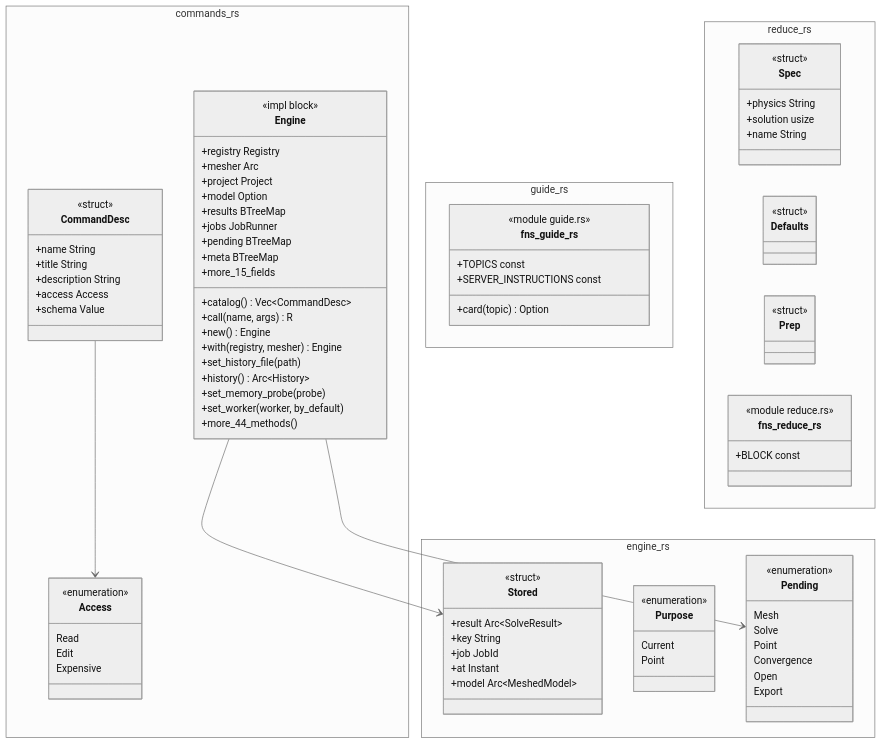
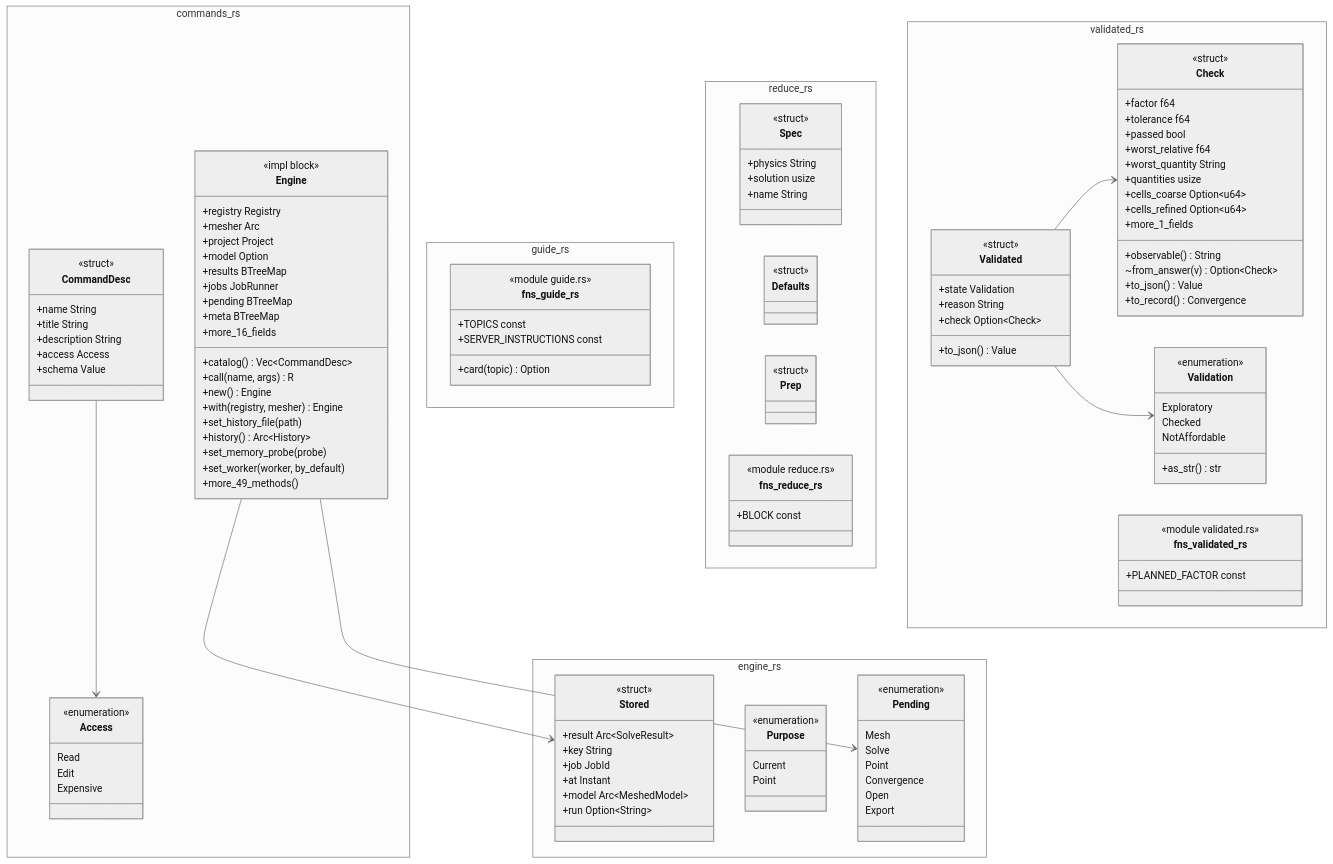
Before and after one commit to p-j-r/nyx: the diagram in docs/architecture/c4/4-code/engine/commands.md, drawn with Mermaid (neutral theme). The commit also changed other lines of this file and 55 other files, not shown here.

````diff
--- a/docs/architecture/c4/4-code/engine/commands.md
+++ b/docs/architecture/c4/4-code/engine/commands.md
@@ -80,7 +81,7 @@
         +jobs JobRunner
         +pending BTreeMap
         +meta BTreeMap
-        +more_15_fields
+        +more_16_fields
         +catalog() Vec~CommandDesc~
         +call(name, args) R
         +new() Engine
@@ -89,7 +90,7 @@
         +history() Arc~History~
         +set_memory_probe(probe)
         +set_worker(worker, by_default)
-        +more_44_methods()
+        +more_49_methods()
     }
   }
   namespace engine_rs {
@@ -100,6 +101,7 @@
         +job JobId
         +at Instant
         +model Arc~MeshedModel~
+        +run Option~String~
     }
     class Purpose {
         <<enumeration>>
@@ -142,7 +144,45 @@
         +BLOCK const
     }
   }
+  namespace validated_rs {
+    class Check {
+        <<struct>>
+        +factor f64
+        +tolerance f64
+        +passed bool
+        +worst_relative f64
+        +worst_quantity String
+        +quantities usize
+        +cells_coarse Option~u64~
+        +cells_refined Option~u64~
+        +more_1_fields
+        +observable() String
+        ~from_answer(v) Option~Check~
+        +to_json() Value
+        +to_record() Convergence
+    }
+    class Validation {
+        <<enumeration>>
+        Exploratory
+        Checked
+        NotAffordable
+        +as_str() str
+    }
+    class Validated {
+        <<struct>>
+        +state Validation
+        +reason String
+        +check Option~Check~
+        +to_json() Value
+    }
+    class fns_validated_rs {
+        <<module validated.rs>>
+        +PLANNED_FACTOR const
+    }
+  }
   CommandDesc --> Access
   Engine --> Stored
   Engine --> Pending
+  Validated --> Validation
+  Validated --> Check
 ```
````
